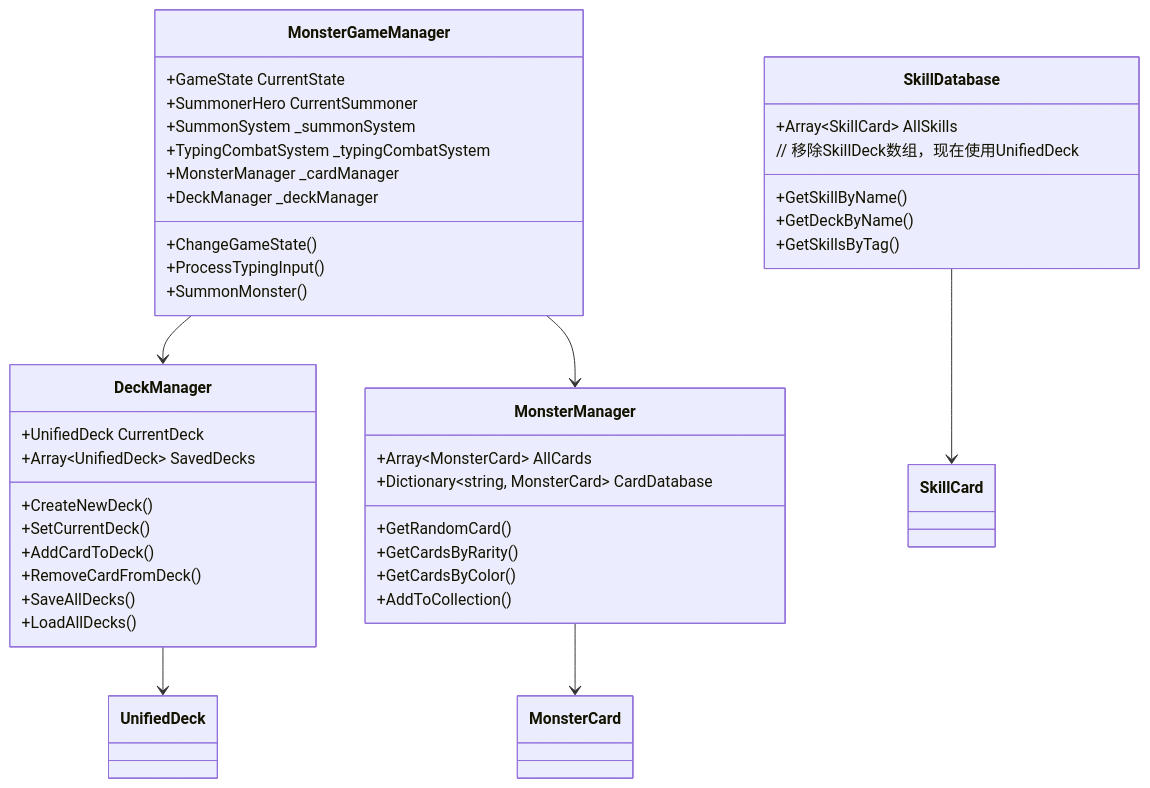
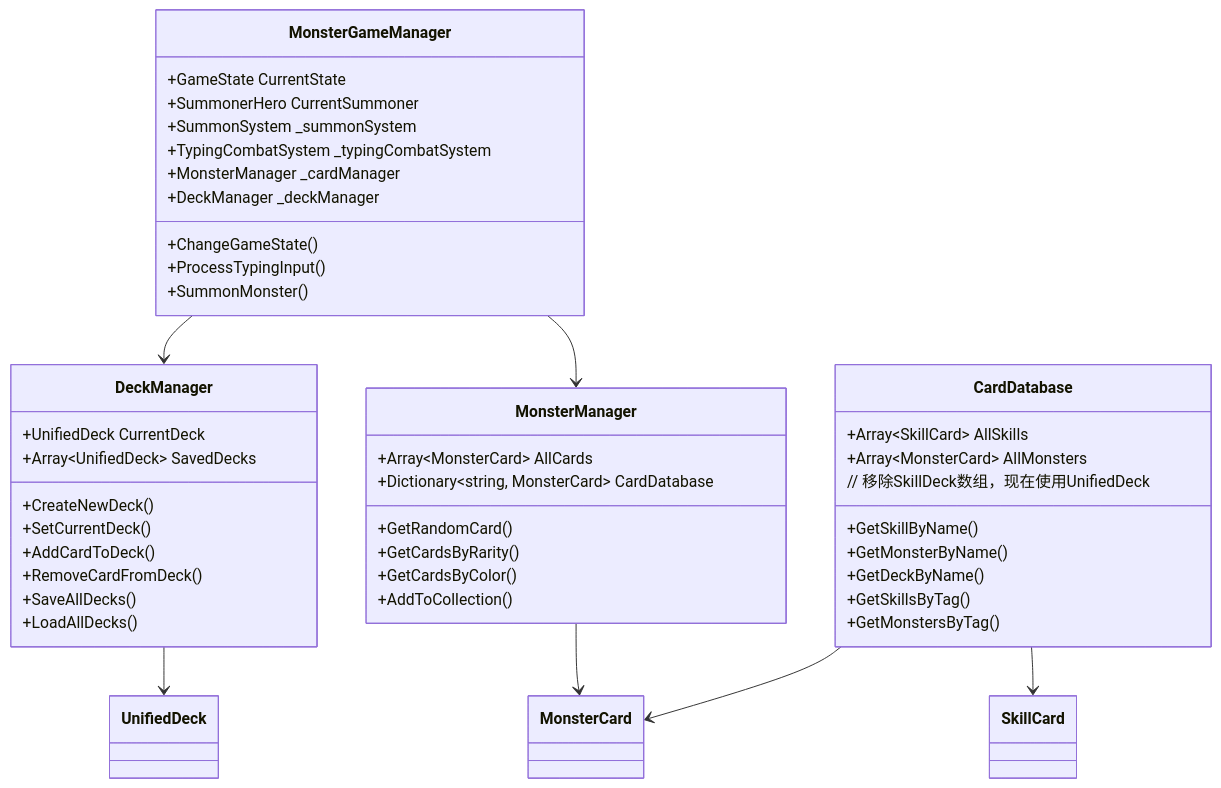
One commit to keycharlotte/coderogue changed the third of 6 diagrams in project_architecture.md. Above: the diagram before and after it, drawn with Mermaid. The commit also changed other lines of this file and 39 other files, not shown here.

````diff
--- a/project_architecture.md
+++ b/project_architecture.md
@@ -183,48 +184,52 @@
 ```mermaid
 classDiagram
     class MonsterGameManager {
         +GameState CurrentState
         +SummonerHero CurrentSummoner
         +SummonSystem _summonSystem
         +TypingCombatSystem _typingCombatSystem
         +MonsterManager _cardManager
     +DeckManager _deckManager
         +ChangeGameState()
         +ProcessTypingInput()
         +SummonMonster()
     }
     
     class DeckManager {
         +UnifiedDeck CurrentDeck
         +Array~UnifiedDeck~ SavedDecks
         +CreateNewDeck()
         +SetCurrentDeck()
         +AddCardToDeck()
         +RemoveCardFromDeck()
         +SaveAllDecks()
         +LoadAllDecks()
     }
     
     class MonsterManager {
         +Array~MonsterCard~ AllCards
         +Dictionary~string, MonsterCard~ CardDatabase
         +GetRandomCard()
         +GetCardsByRarity()
         +GetCardsByColor()
         +AddToCollection()
     }
     
-    class SkillDatabase {
+    class CardDatabase {
         +Array~SkillCard~ AllSkills
+        +Array~MonsterCard~ AllMonsters
         // 移除SkillDeck数组，现在使用UnifiedDeck
         +GetSkillByName()
+        +GetMonsterByName()
         +GetDeckByName()
         +GetSkillsByTag()
+        +GetMonstersByTag()
     }
     
     MonsterGameManager --> DeckManager
     MonsterGameManager --> MonsterManager
     DeckManager --> UnifiedDeck
     MonsterManager --> MonsterCard
-    SkillDatabase --> SkillCard
+    CardDatabase --> SkillCard
+    CardDatabase --> MonsterCard
 ```
````
